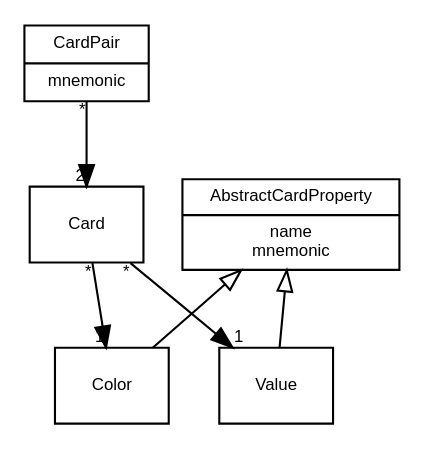
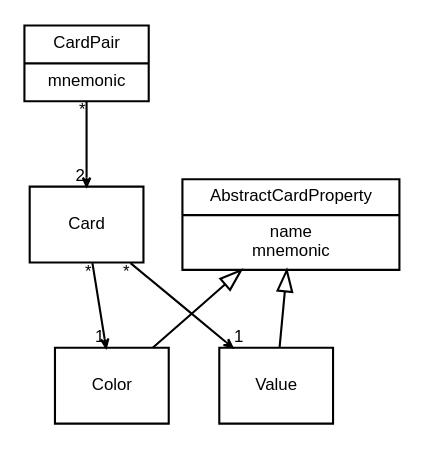
Before and after one commit to project-kotinos/braingourmets___speedcards-mnemonics: the diagram in doc/domain_model/speedcards-mnemonics-domain-model.dot, drawn with Graphviz. The commit also changed 1 other file, not shown here.

```diff
--- a/doc/domain_model/speedcards-mnemonics-domain-model.dot
+++ b/doc/domain_model/speedcards-mnemonics-domain-model.dot
@@ -1,128 +1,132 @@
 // How to generate the SVG file:
 // dot -Tsvg -odoc/domain_model/speedcards-mnemonics-domain-model.svg doc/domain_model/speedcards-mnemonics-domain-model.dot
 digraph SpeedcardsMnemonicsDomainModel {
 
   //
   // Layout basics
   //
 
   fontname = "Bitstream Vera Sans, Arial"
   fontsize = 8
 
   node [
     fontname = "Bitstream Vera Sans, Arial"
     fontsize = 8
     shape = "record"
   ]
 
   edge [
     fontname = "Bitstream Vera Sans, Arial"
     fontsize = 8
   ]
 
 
   //
   // Entities
   //
 
    Color                [label = "Color"]
    Value                [label = "Value"]
    Card                 [label = "Card"]
    CardPair             [label = "{CardPair | mnemonic}"]
    AbstractCardProperty [label = "{AbstractCardProperty | name \n mnemonic}"]
 
 
   //
   // Relations without labels
   //
 
   edge [
     label = ""
     arrowtail = ""
     dir = ""
+    arrowhead = "open"
+    arrowsize = .4
   ]
 
   Card     -> Color [taillabel="*"    headlabel="1"]
   Card     -> Value [taillabel="*"    headlabel="1"]
   CardPair -> Card  [taillabel="*"    headlabel="2"]
 
 
   //
   // Relations with labels
   //
 
   edge [
     arrowtail = ""
     dir = ""
   ]
 
 
   //
   // Inheritance
   //
 
   edge [
     taillabel = ""
     headlabel = ""
     arrowtail = "empty"
     dir = "back"
     label = ""
+    arrowsize = 1
   ]
 
   AbstractCardProperty -> Color
   AbstractCardProperty -> Value
 
 
   //
   // Notes
   //
 
   node [
     fontname = "Bitstream Vera Sans, Arial"
     fontsize = 8
     shape = "note"
     style = filled
-    color = lightgrey
+    color = cornflowerblue
+    fillcolor = white
  ]
 
   edge [
     style = dashed
     arrowtail = "none"
     arrowhead = "none"
     label = ""
-    color = grey
+    color = cornflowerblue
   ]
 
 
 
   //
   // Invisible edges to improve the layout
   //
 
   edge [
     style = invis
     label = ""
   ]
 
 
   //
   // Questions
   //
 
   node [
     fontname = "Bitstream Vera Sans, Arial"
     fontsize = 8
     shape = ellipse
     style = filled
     color = orange
   ]
 
   edge [
     style = dashed
     arrowtail = "none"
     arrowhead = "none"
     label = ""
     color = orange
   ]
 
 }
```
